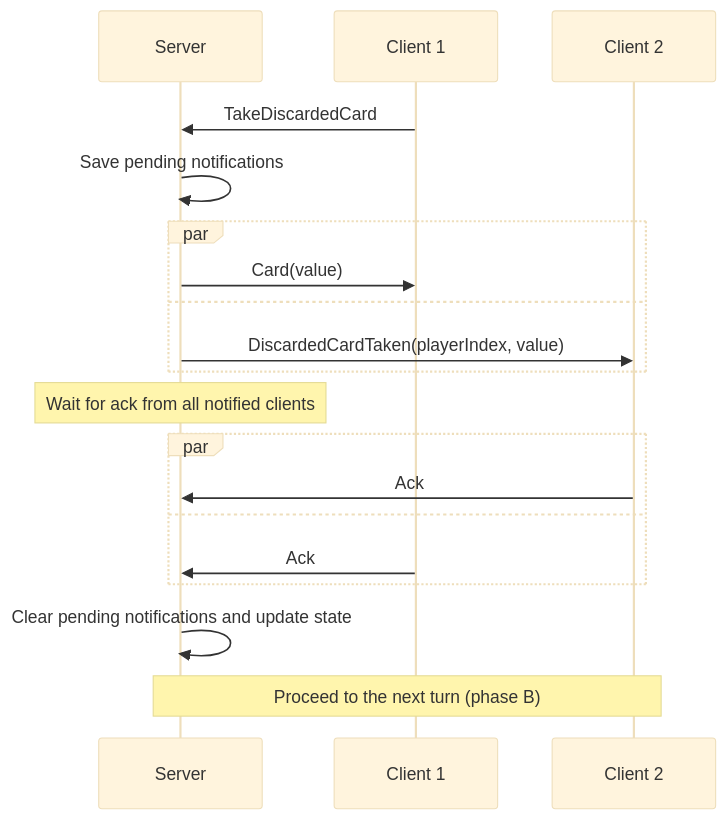
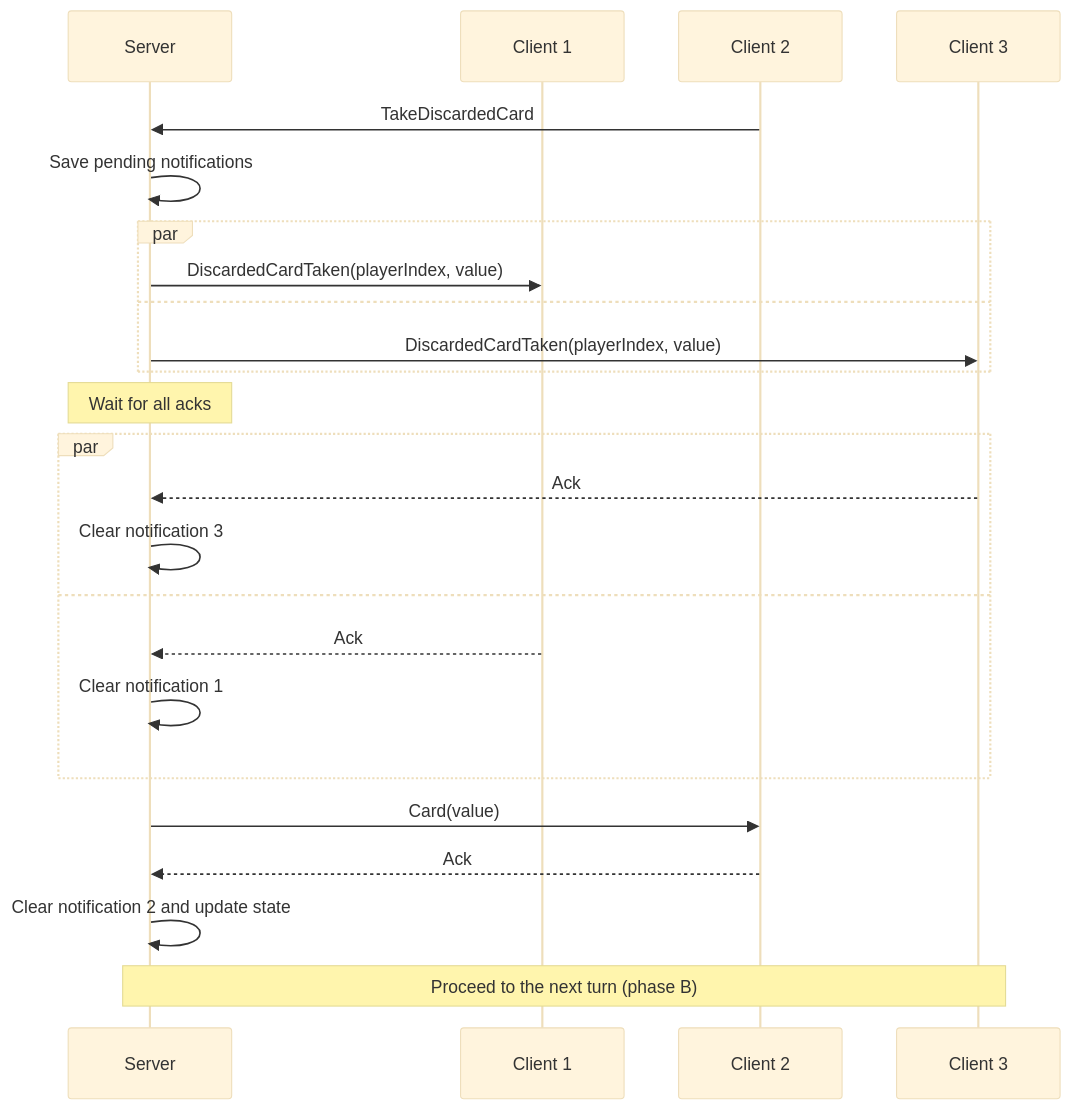
Before and after one commit to roman-zubarevich/another: diagram 15 of 15 in README.md, drawn with Mermaid (base theme). The commit also changed other lines of this file, not shown here.

````diff
--- a/README.md
+++ b/README.md
@@ -402,21 +481,26 @@
 ```mermaid
 sequenceDiagram
     participant S as Server
     participant C1 as Client 1
     participant C2 as Client 2
-    C1->>S: TakeDiscardedCard
+    participant C3 as Client 3
+    C2->>S: TakeDiscardedCard
     S->>S: Save pending notifications
     par
-        S->>C1: Card(value)
+        S->>C1: DiscardedCardTaken(playerIndex, value)
     and
-        S->>C2: DiscardedCardTaken(playerIndex, value)
+        S->>C3: DiscardedCardTaken(playerIndex, value)
     end
-    Note over S: Wait for ack from all notified clients
+    Note over S: Wait for all acks
     par
-        C2->>S: Ack
+        C3-->>S: Ack
+        S->>S: Clear notification 3
     and
-        C1->>S: Ack
+        C1-->>S: Ack
+        S->>S: Clear notification 1
     end
-    S->>S: Clear pending notifications and update state
-    Note over S,C2: Proceed to the next turn (phase B)
+    S->>C2: Card(value)
+    C2-->>S: Ack
+    S->>S: Clear notification 2 and update state
+    Note over S,C3: Proceed to the next turn (phase B)
 ```
````
